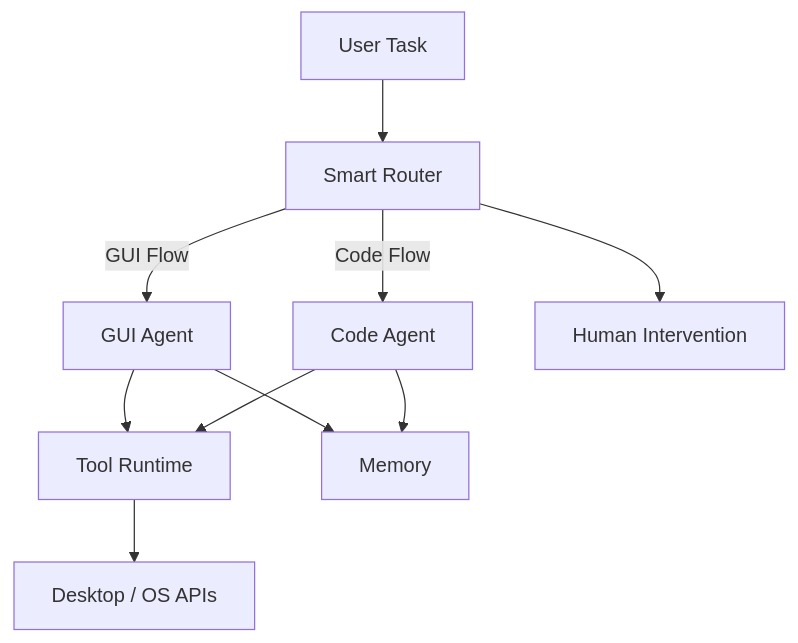
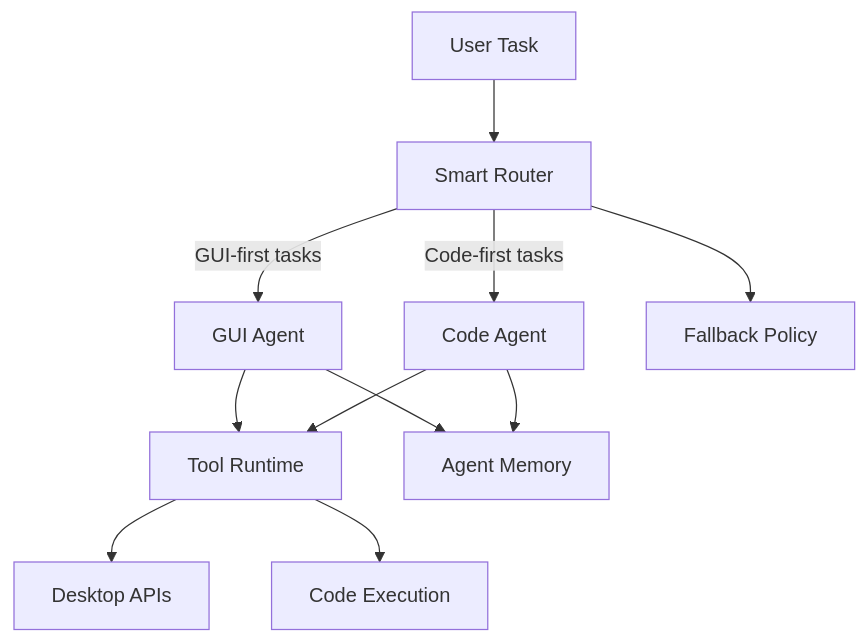
One commit to sudo-yf/hackathon2512 changed the diagram in README.md. Above: the diagram before and after it, drawn with Mermaid. The commit also changed other lines of this file and 2 other files, not shown here.

Commit message:
docs: upgrade README and adopt LICENSE-only policy

````diff
--- a/README.md
+++ b/README.md
@@ -21,12 +43,13 @@
 ```mermaid
 graph TD
-    U[User Task] --> R[Smart Router]
-    R -->|GUI Flow| G[GUI Agent]
-    R -->|Code Flow| C[Code Agent]
-    G --> T[Tool Runtime]
-    C --> T
-    T --> S[Desktop / OS APIs]
-    G --> M[Memory]
-    C --> M
-    R --> H[Human Intervention]
+    User[User Task] --> Router[Smart Router]
+    Router -->|GUI-first tasks| GUIAgent[GUI Agent]
+    Router -->|Code-first tasks| CodeAgent[Code Agent]
+    GUIAgent --> Tools[Tool Runtime]
+    CodeAgent --> Tools
+    Tools --> Desktop[Desktop APIs]
+    Tools --> Exec[Code Execution]
+    GUIAgent --> Memory[Agent Memory]
+    CodeAgent --> Memory
+    Router --> Fallback[Fallback Policy]
 ```
````
